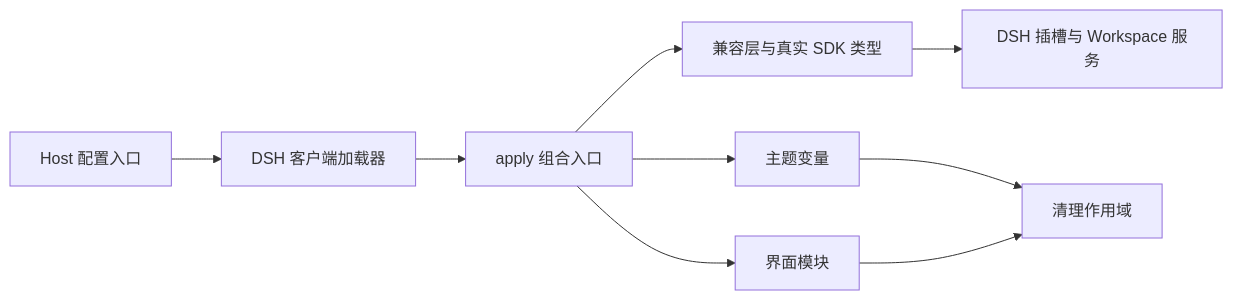
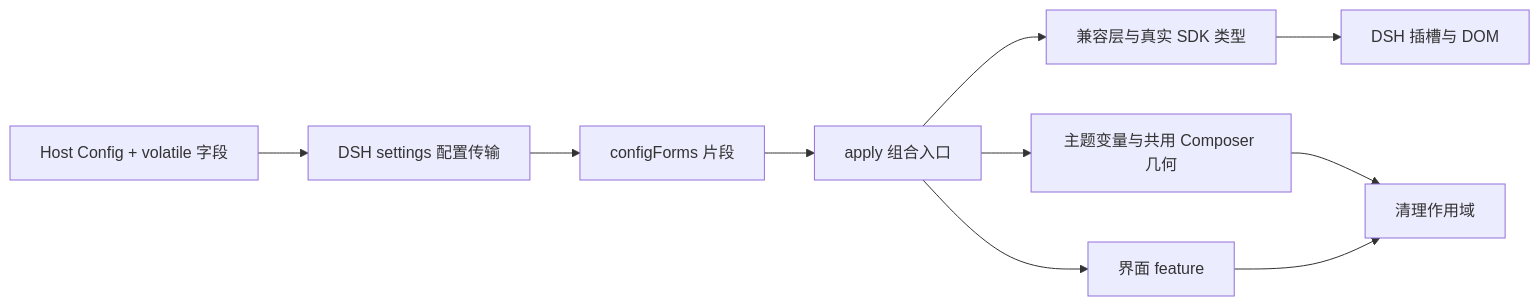
One commit to zkforge/dsh-ccd-style changed the diagram in ARCHITECTURE.md. Above: the diagram before and after it, drawn with Mermaid. The commit also changed other lines of this file and 40 other files, not shown here.

````diff
--- a/ARCHITECTURE.md
+++ b/ARCHITECTURE.md
@@ -7,11 +7,12 @@
 ```mermaid
 flowchart LR
-  H[Host 配置入口] --> C[DSH 客户端加载器]
+  H[Host Config + volatile 字段] --> S[DSH settings 配置传输]
+  S --> C[configForms 片段]
   C --> A[apply 组合入口]
   A --> P[兼容层与真实 SDK 类型]
-  A --> T[主题变量]
-  A --> F[界面模块]
-  P --> D[DSH 插槽与 Workspace 服务]
+  A --> T[主题变量与共用 Composer 几何]
+  A --> F[界面 feature]
+  P --> D[DSH 插槽与 DOM]
   T --> R[清理作用域]
   F --> R
 ```
````
